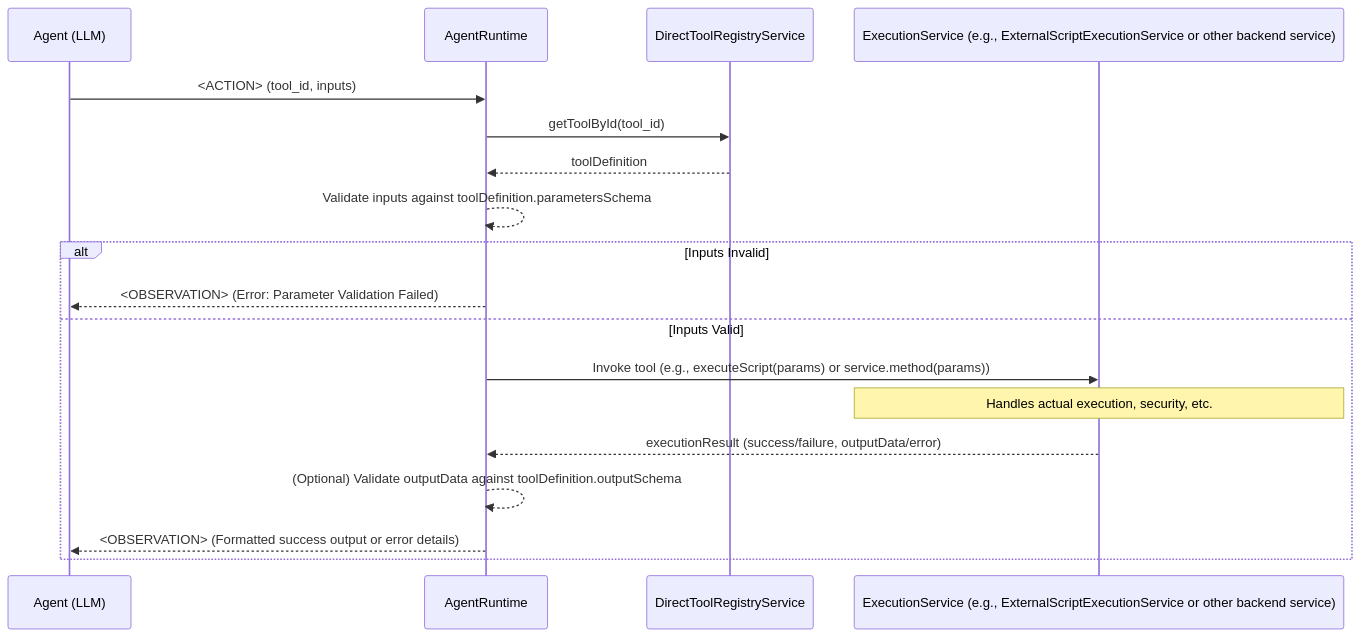
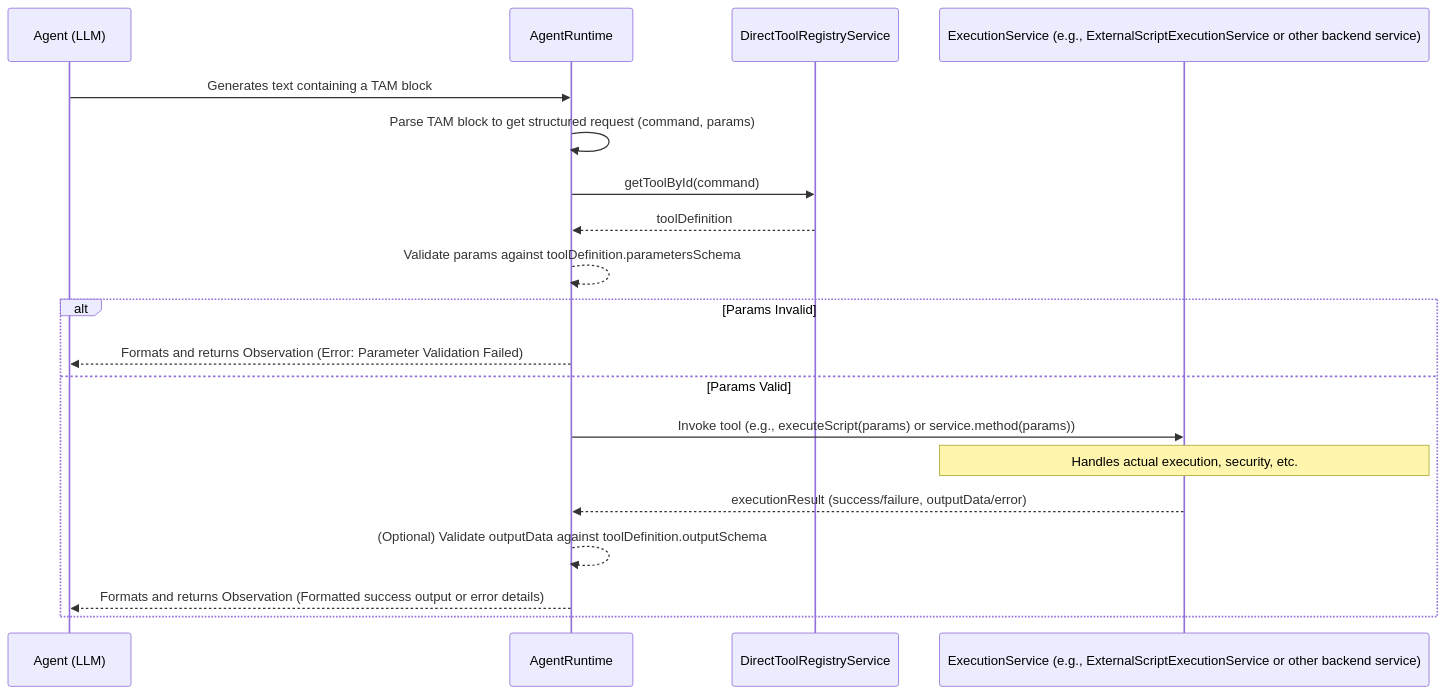
The diagram in DesignDocs/architecture/agent_direct_service_tool_invocation.md (ComfyTavern/comfytavern), drawn with Mermaid before and after one commit. The commit also changed other lines of this file and 2 other files, not shown here.

First line of the commit message:
docs(tam): 在各设计文档中统一TAM协议规范

````diff
--- a/DesignDocs/architecture/agent_direct_service_tool_invocation.md
+++ b/DesignDocs/architecture/agent_direct_service_tool_invocation.md
@@ -661,21 +662,22 @@
 ```mermaid
 sequenceDiagram
     participant A as Agent (LLM)
     participant AR as AgentRuntime
     participant DTR as DirectToolRegistryService
     participant ExecService as ExecutionService (e.g., ExternalScriptExecutionService or other backend service)
 
-    A->>AR: <ACTION> (tool_id, inputs)
-    AR->>DTR: getToolById(tool_id)
+    A->>AR: Generates text containing a TAM block
+    AR->>AR: Parse TAM block to get structured request (command, params)
+    AR->>DTR: getToolById(command)
     DTR-->>AR: toolDefinition
-    AR-->>AR: Validate inputs against toolDefinition.parametersSchema
-    alt Inputs Invalid
-        AR-->>A: <OBSERVATION> (Error: Parameter Validation Failed)
-    else Inputs Valid
+    AR-->>AR: Validate params against toolDefinition.parametersSchema
+    alt Params Invalid
+        AR-->>A: Formats and returns Observation (Error: Parameter Validation Failed)
+    else Params Valid
         AR->>ExecService: Invoke tool (e.g., executeScript(params) or service.method(params))
         Note over ExecService: Handles actual execution, security, etc.
         ExecService-->>AR: executionResult (success/failure, outputData/error)
         AR-->>AR: (Optional) Validate outputData against toolDefinition.outputSchema
-        AR-->>A: <OBSERVATION> (Formatted success output or error details)
+        AR-->>A: Formats and returns Observation (Formatted success output or error details)
     end
 ```
````
